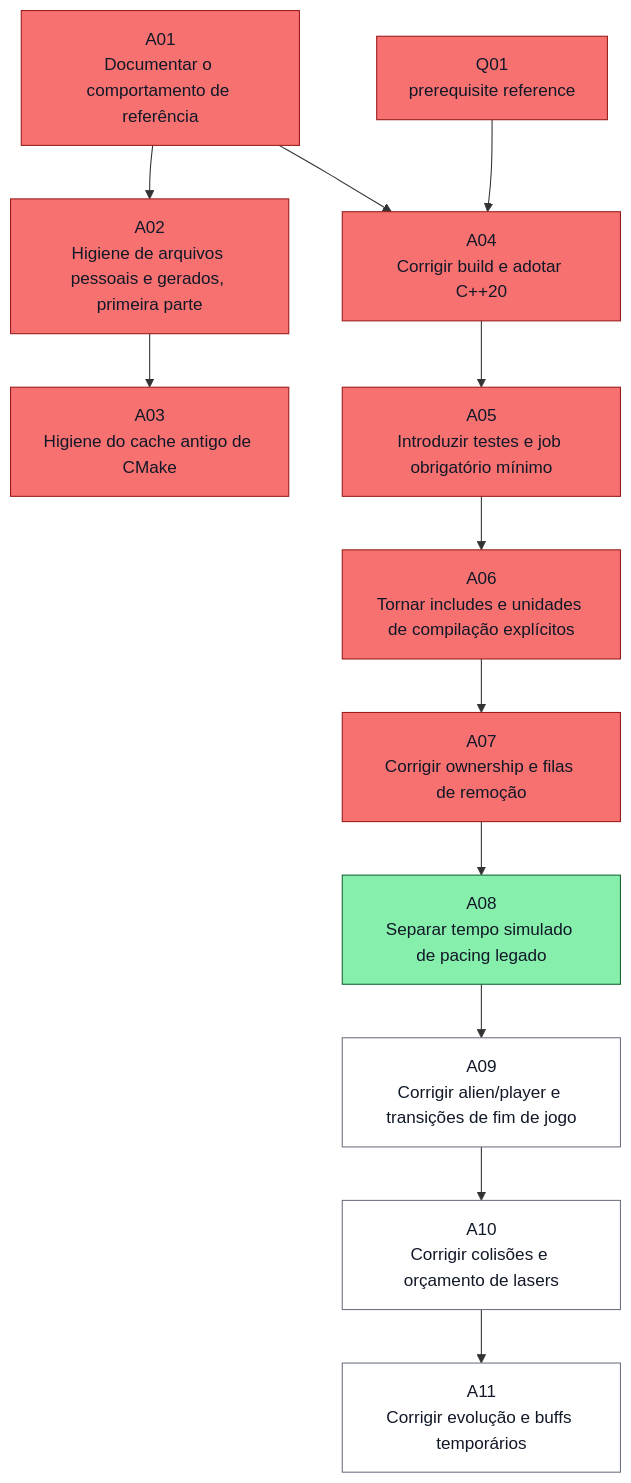
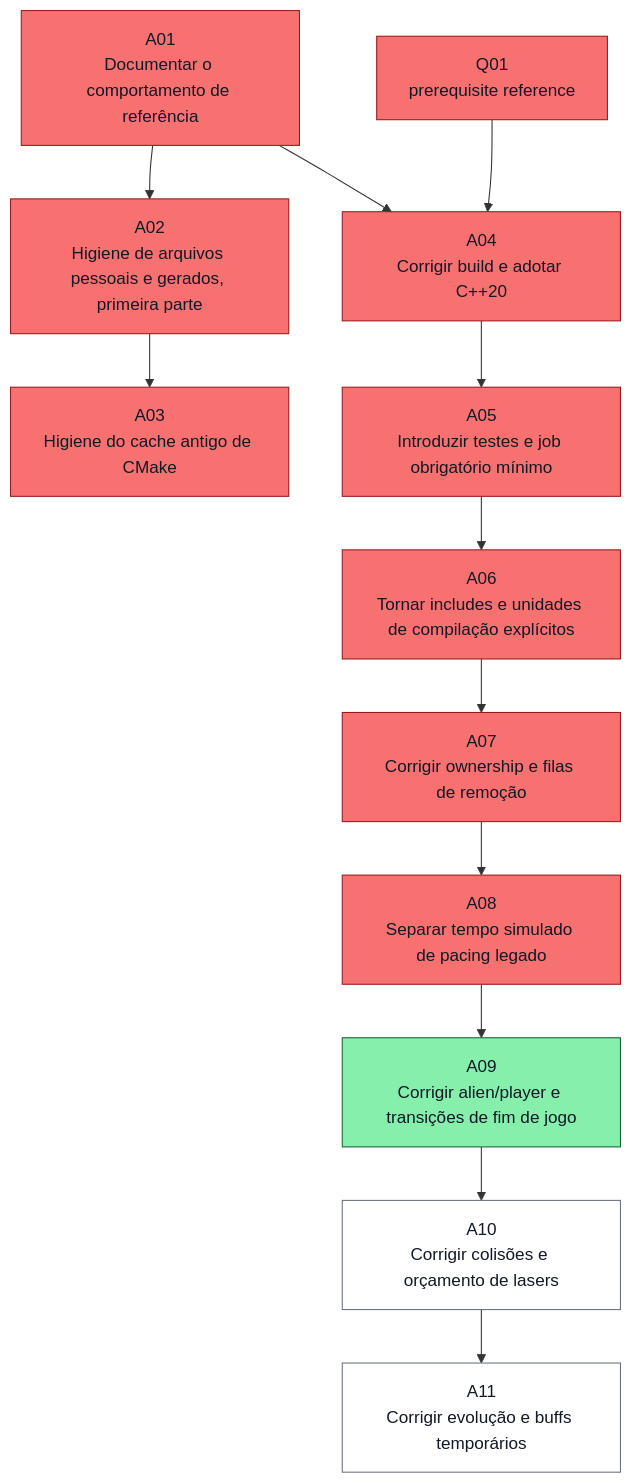
The second of 27 diagrams in docs/task-dependencies.md (ocarizr/spaceraiders), drawn with Mermaid before and after one commit. The commit also changed other lines of this file and 6 other files, not shown here.

````diff
--- a/docs/task-dependencies.md
+++ b/docs/task-dependencies.md
@@ -117,29 +118,29 @@
 ```mermaid
 flowchart TD
     ref_A_Q01["Q01<br/>prerequisite reference"]:::done
     A01["A01<br/>Documentar o comportamento de referência"]:::done
     A02["A02<br/>Higiene de arquivos pessoais e gerados, primeira parte"]:::done
     A03["A03<br/>Higiene do cache antigo de CMake"]:::done
     A04["A04<br/>Corrigir build e adotar C++20"]:::done
     A05["A05<br/>Introduzir testes e job obrigatório mínimo"]:::done
     A06["A06<br/>Tornar includes e unidades de compilação explícitos"]:::done
     A07["A07<br/>Corrigir ownership e filas de remoção"]:::done
-    A08["A08<br/>Separar tempo simulado de pacing legado"]:::ready
-    A09["A09<br/>Corrigir alien/player e transições de fim de jogo"]:::pending
+    A08["A08<br/>Separar tempo simulado de pacing legado"]:::done
+    A09["A09<br/>Corrigir alien/player e transições de fim de jogo"]:::ready
     A10["A10<br/>Corrigir colisões e orçamento de lasers"]:::pending
     A11["A11<br/>Corrigir evolução e buffs temporários"]:::pending
     A01 --> A02
     A02 --> A03
     A01 --> A04
     ref_A_Q01 --> A04
     A04 --> A05
     A05 --> A06
     A06 --> A07
     A07 --> A08
     A08 --> A09
     A09 --> A10
     A10 --> A11
     classDef pending fill:#ffffff,stroke:#6b7280,color:#111827
     classDef ready fill:#86efac,stroke:#166534,color:#111827
     classDef done fill:#f87171,stroke:#991b1b,color:#111827
 ```
````
